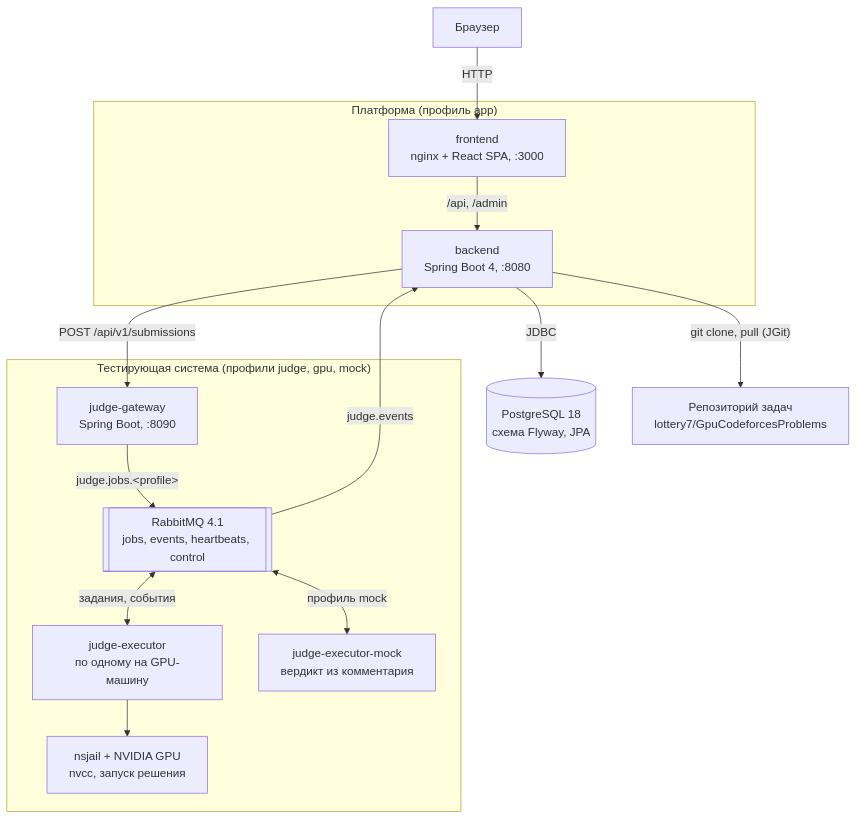
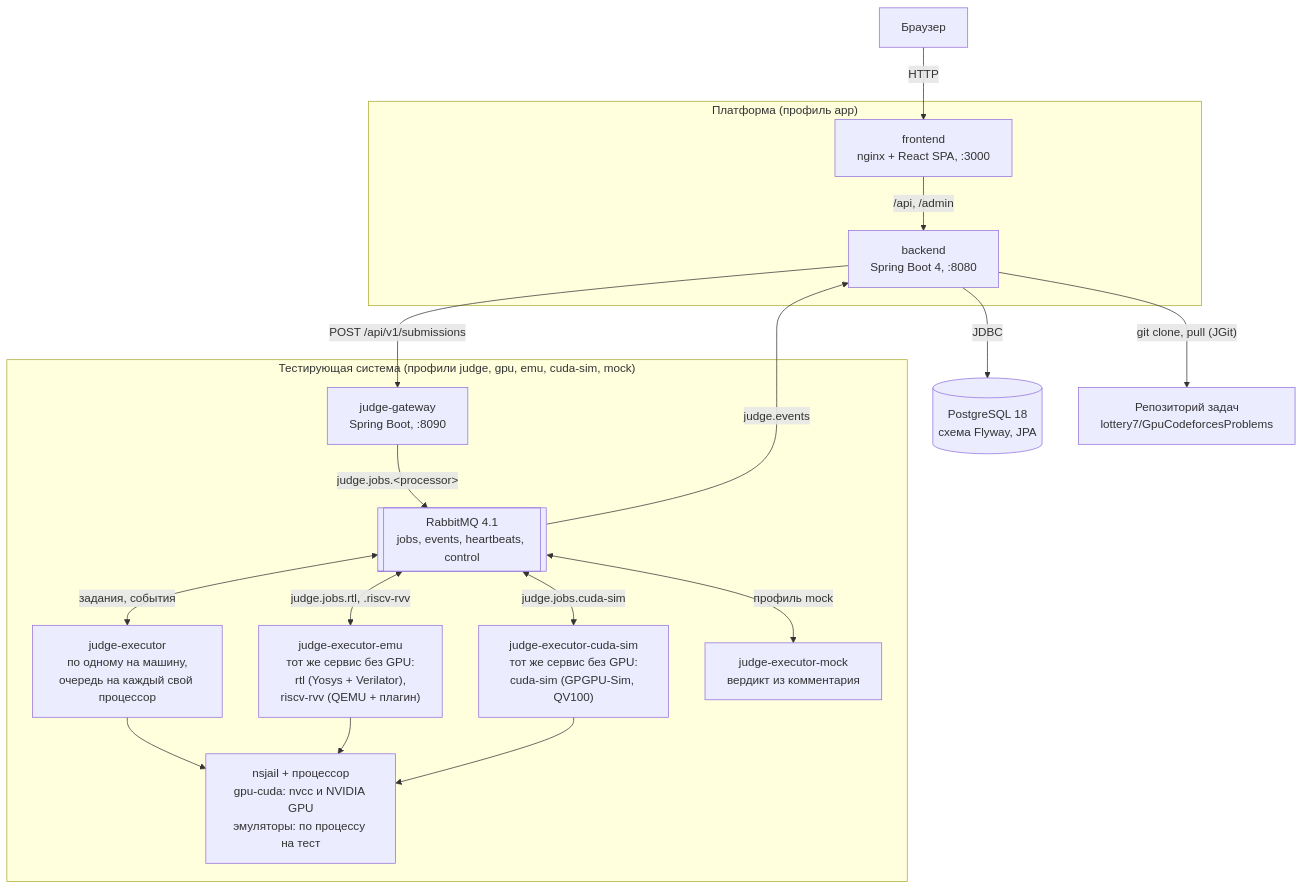
One commit to lottery7/GpuCodeforces changed the first of 6 diagrams in docs/architecture.md. Above: the diagram before and after it, drawn with Mermaid. The commit also changed other lines of this file and 219 other files, not shown here.

````diff
--- a/docs/architecture.md
+++ b/docs/architecture.md
@@ -11,27 +11,33 @@
 ```mermaid
 flowchart TB
   browser["Браузер"]
   subgraph platform["Платформа (профиль app)"]
     frontend["frontend<br/>nginx + React SPA, :3000"]
     backend["backend<br/>Spring Boot 4, :8080"]
   end
   postgres[("PostgreSQL 18<br/>схема Flyway, JPA")]
   repo["Репозиторий задач<br/>lottery7/GpuCodeforcesProblems"]
-  subgraph judge["Тестирующая система (профили judge, gpu, mock)"]
+  subgraph judge["Тестирующая система (профили judge, gpu, emu, cuda-sim, mock)"]
     gateway["judge-gateway<br/>Spring Boot, :8090"]
     rabbit[["RabbitMQ 4.1<br/>jobs, events, heartbeats, control"]]
-    executor["judge-executor<br/>по одному на GPU-машину"]
+    executor["judge-executor<br/>по одному на машину,<br/>очередь на каждый свой процессор"]
+    emu["judge-executor-emu<br/>тот же сервис без GPU:<br/>rtl (Yosys + Verilator),<br/>riscv-rvv (QEMU + плагин)"]
+    cudasim["judge-executor-cuda-sim<br/>тот же сервис без GPU:<br/>cuda-sim (GPGPU-Sim, QV100)"]
     mock["judge-executor-mock<br/>вердикт из комментария"]
-    sandbox["nsjail + NVIDIA GPU<br/>nvcc, запуск решения"]
+    sandbox["nsjail + процессор<br/>gpu-cuda: nvcc и NVIDIA GPU<br/>эмуляторы: по процессу на тест"]
   end
   browser -->|HTTP| frontend
   frontend -->|"/api, /admin"| backend
   backend -->|JDBC| postgres
   backend -->|"git clone, pull (JGit)"| repo
   backend -->|"POST /api/v1/submissions"| gateway
-  gateway -->|"judge.jobs.&lt;profile&gt;"| rabbit
+  gateway -->|"judge.jobs.&lt;processor&gt;"| rabbit
   rabbit -->|judge.events| backend
   rabbit <-->|"задания, события"| executor
+  rabbit <-->|"judge.jobs.rtl, .riscv-rvv"| emu
+  rabbit <-->|"judge.jobs.cuda-sim"| cudasim
   rabbit <-->|"профиль mock"| mock
   executor --> sandbox
+  emu --> sandbox
+  cudasim --> sandbox
 ```
````
